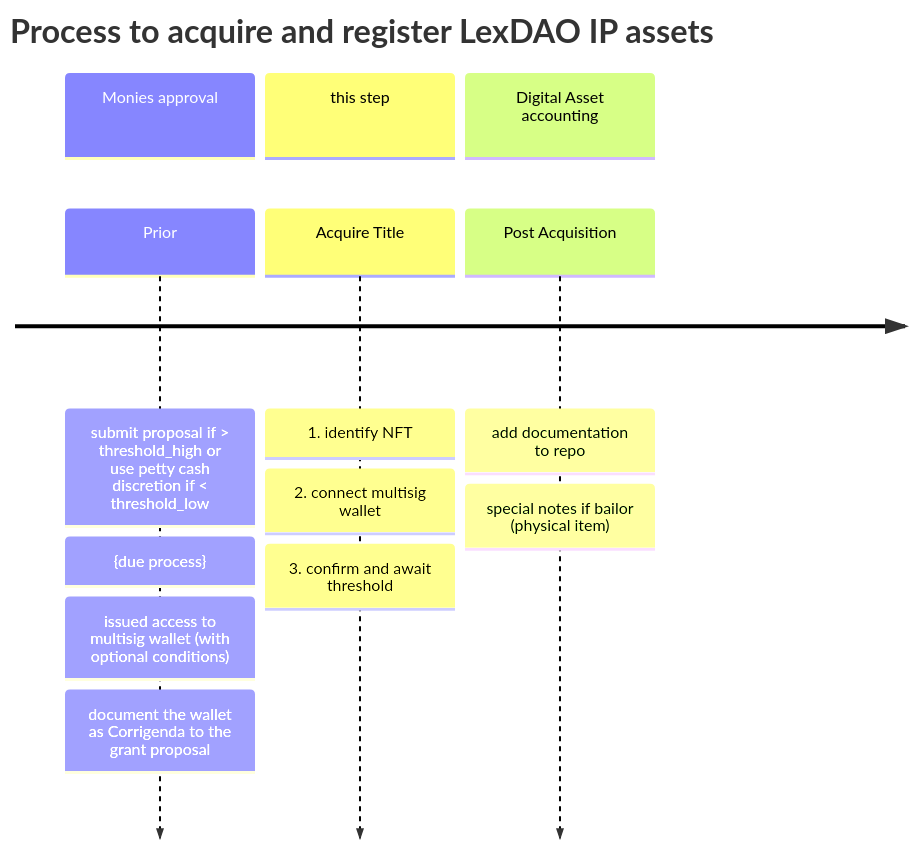
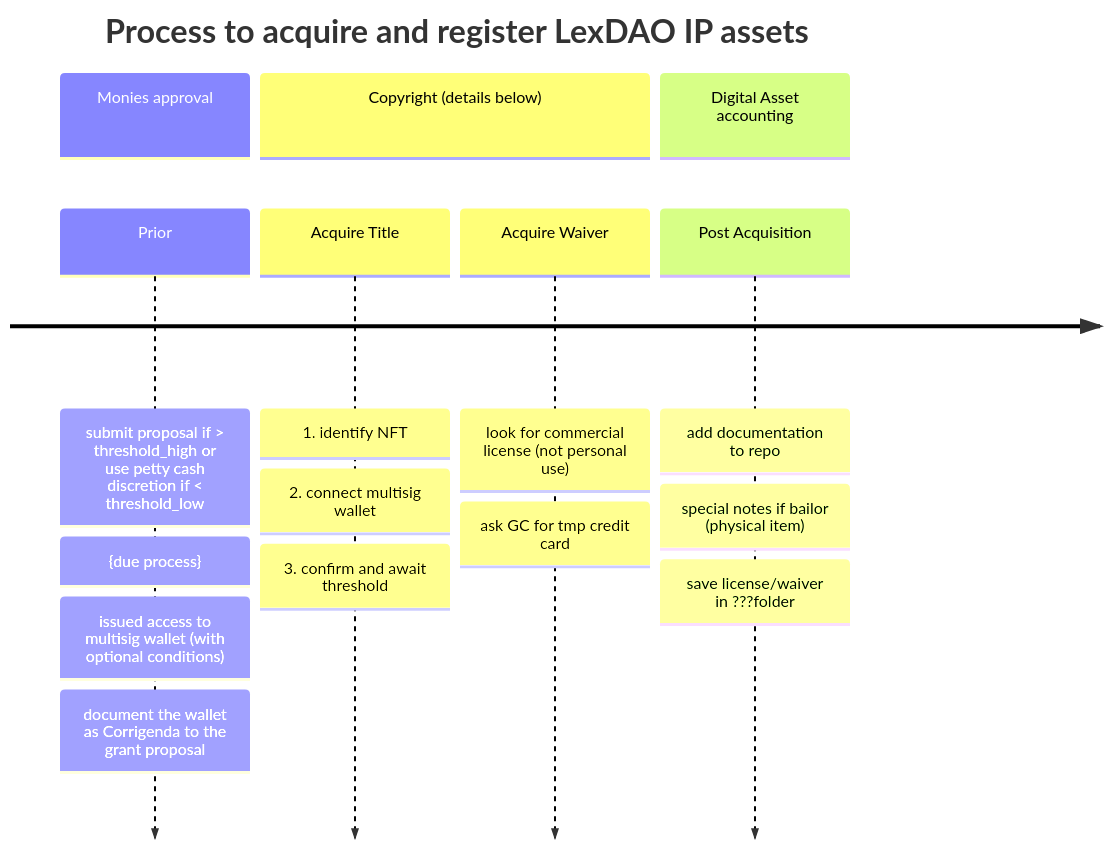
One commit to lexDAO/LexDAO-Articles changed the diagram in Help Articles/Multisig Administration.md. Above: the diagram before and after it, drawn with Mermaid. The commit also changed other lines of this file, not shown here.

````diff
--- a/Help Articles/Multisig Administration.md
+++ b/Help Articles/Multisig Administration.md
@@ -3,16 +3,19 @@
 ```mermaid
 timeline
   title Process to  acquire and register LexDAO IP assets
   section Monies approval
     Prior : submit proposal if > threshold_high or use petty cash discretion if < threshold_low 
     : {due process}
     : issued access to multisig wallet (with optional conditions)
     : document the wallet as Corrigenda to the grant proposal
-  section this step
+  section Copyright (details below)
     Acquire Title : 1. identify NFT
         : 2. connect multisig wallet
         : 3. confirm and await threshold
+    Acquire Waiver : look for commercial license (not personal use)
+        : ask GC for tmp credit card
   section Digital Asset accounting
     Post Acquisition : add documentation to repo
         : special notes if bailor (physical item)
+        : save license/waiver in ???folder
 ```
````
